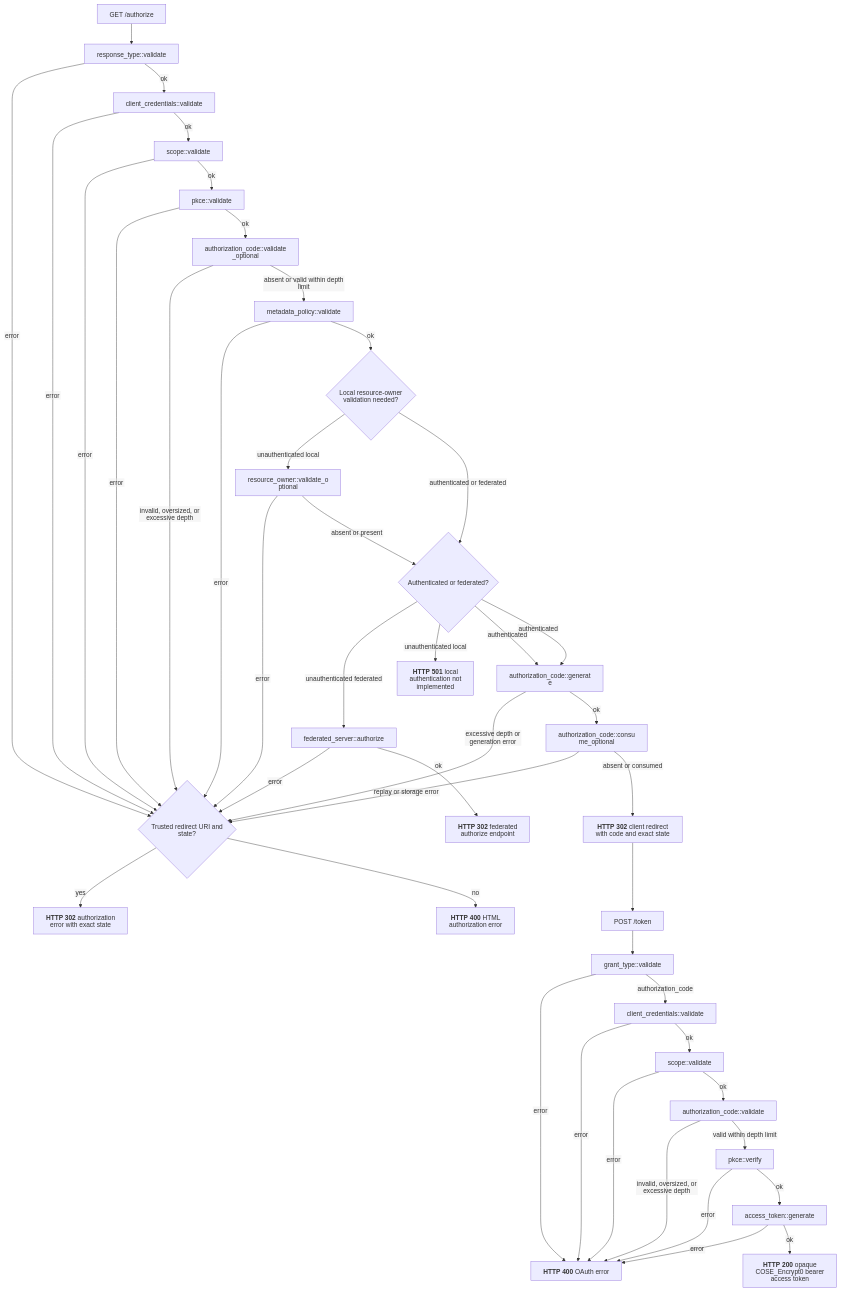
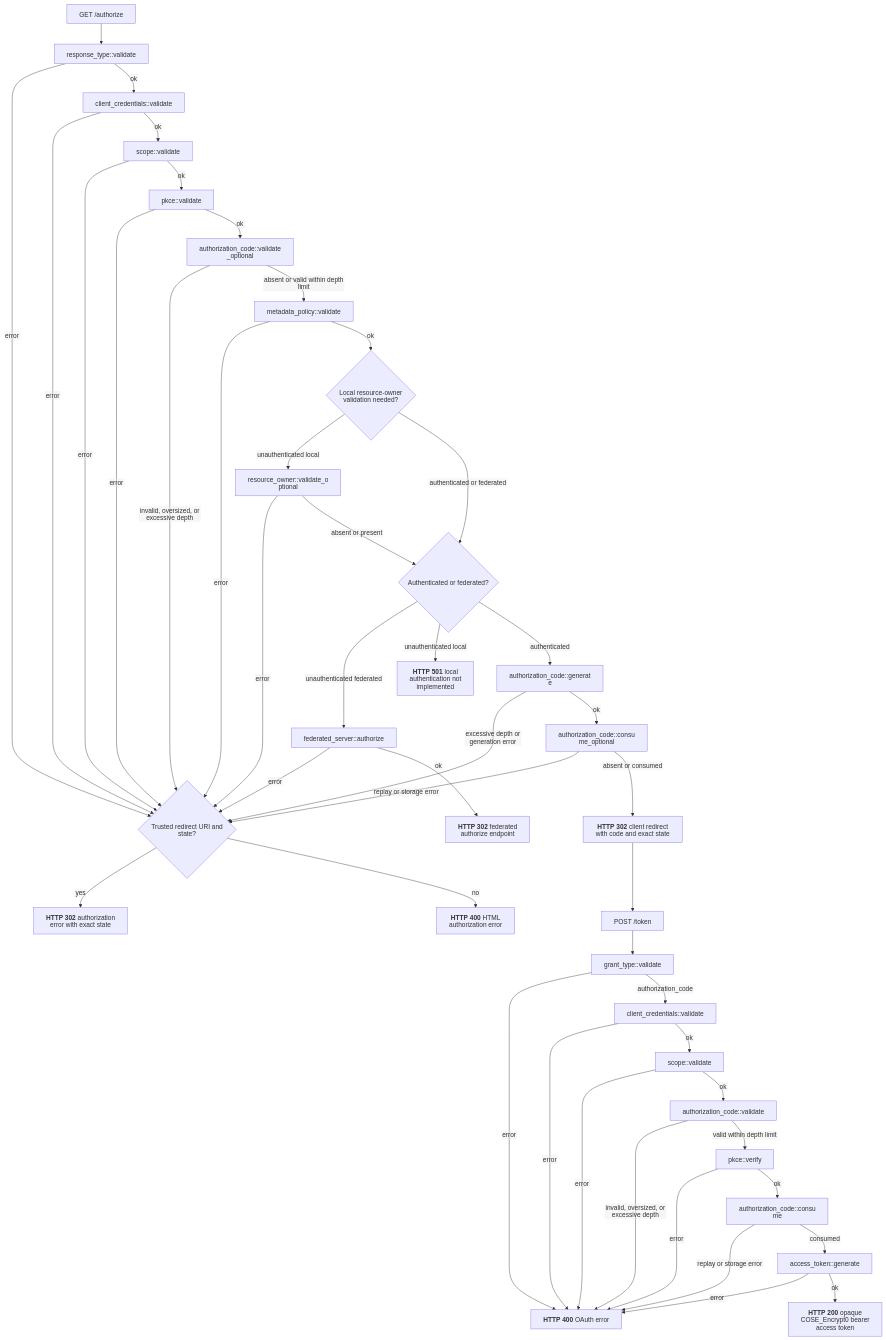
Before and after one commit to malach-it/kagome: the diagram in docs/flows/oauth/authorization_code.mmd, drawn with Mermaid. The commit also changed 27 other files, not shown here.

Commit message:
docs: align flow graphs with handler pipelines

```diff
--- a/docs/flows/oauth/authorization_code.mmd
+++ b/docs/flows/oauth/authorization_code.mmd
@@ -1,45 +1,46 @@
 %%{init: {"htmlLabels": false, "flowchart": {"htmlLabels": false}}}%%
 flowchart TD
     start[GET /authorize] --> response_type["response_type::validate"]
     response_type -- error --> authorize_error{Trusted redirect URI and state?}
     response_type -- ok --> client["client_credentials::validate"]
     client -- error --> authorize_error
     client -- ok --> authorize_scope["scope::validate"]
     authorize_scope -- error --> authorize_error
     authorize_scope -- ok --> challenge["pkce::validate"]
     challenge -- error --> authorize_error
     challenge -- ok --> previous["authorization_code::validate_optional"]
     previous -- invalid, oversized, or excessive depth --> authorize_error
     previous -- absent or valid within depth limit --> policy["metadata_policy::validate"]
     policy -- error --> authorize_error
     policy -- ok --> local_auth{Local resource-owner validation needed?}
     local_auth -- unauthenticated local --> owner_optional["resource_owner::validate_optional"]
     owner_optional -- error --> authorize_error
     owner_optional -- absent or present --> authentication{Authenticated or federated?}
     local_auth -- authenticated or federated --> authentication
     authentication -- unauthenticated federated --> federate["federated_server::authorize"]
     federate -- error --> authorize_error
     federate -- ok --> federated_redirect["`**HTTP 302** federated authorize endpoint`"]
     authentication -- unauthenticated local --> not_implemented["`**HTTP 501** local authentication not implemented`"]
-    authentication -- authenticated --> issue
     authentication -- authenticated --> issue["authorization_code::generate"]
     issue -- excessive depth or generation error --> authorize_error
     issue -- ok --> consume["authorization_code::consume_optional"]
     consume -- replay or storage error --> authorize_error
     consume -- absent or consumed --> redirect["`**HTTP 302** client redirect with code and exact state`"]
     authorize_error -- yes --> redirect_error["`**HTTP 302** authorization error with exact state`"]
     authorize_error -- no --> html_error["`**HTTP 400** HTML authorization error`"]
     redirect --> token[POST /token]
     token --> grant["grant_type::validate"]
     grant -- error --> token_error["`**HTTP 400** OAuth error`"]
     grant -- authorization_code --> token_client["client_credentials::validate"]
     token_client -- error --> token_error
     token_client -- ok --> token_scope["scope::validate"]
     token_scope -- error --> token_error
     token_scope -- ok --> code["authorization_code::validate"]
     code -- invalid, oversized, or excessive depth --> token_error
     code -- valid within depth limit --> verifier["pkce::verify"]
     verifier -- error --> token_error
-    verifier -- ok --> access["access_token::generate"]
+    verifier -- ok --> consume_code["authorization_code::consume"]
+    consume_code -- replay or storage error --> token_error
+    consume_code -- consumed --> access["access_token::generate"]
     access -- error --> token_error
     access -- ok --> success["`**HTTP 200** opaque COSE_Encrypt0 bearer access token`"]
```
